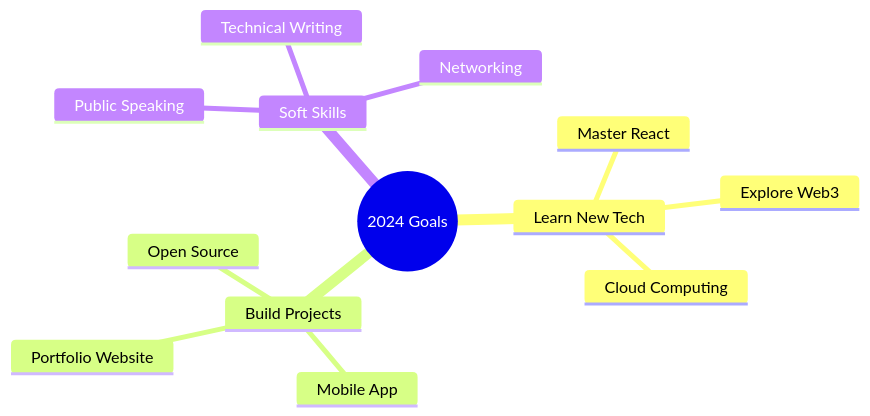
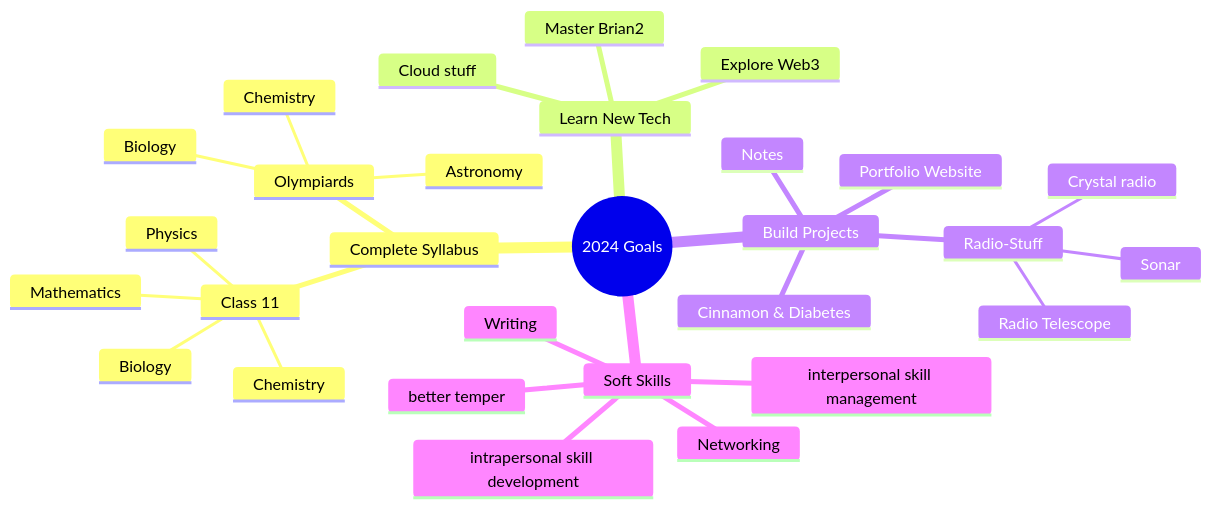
Before and after one commit to dirtbag128/dirtbag128: the diagram in README.md, drawn with Mermaid.

Commit message:
update mermaid

````diff
--- a/README.md
+++ b/README.md
@@ -72,16 +72,32 @@
 ```mermaid
 mindmap
   root((2024 Goals))
+    Complete Syllabus
+      Class 11
+        Physics
+        Chemistry
+        Biology
+        Mathematics
+      Olympiards
+        Biology
+        Chemistry
+        Astronomy
     Learn New Tech
-      Master React
+      Master Brian2
       Explore Web3
-      Cloud Computing
+      Cloud stuff
     Build Projects
       Portfolio Website
-      Mobile App
-      Open Source
+      Cinnamon & Diabetes
+      Notes
+      Radio-Stuff
+        Sonar
+        Radio Telescope
+        Crystal radio
     Soft Skills
-      Public Speaking
-      Technical Writing
+      Writing
+      better temper
+      intrapersonal skill development
+      interpersonal skill management
       Networking
 ```
````
